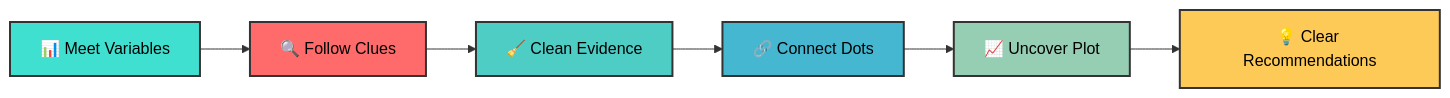
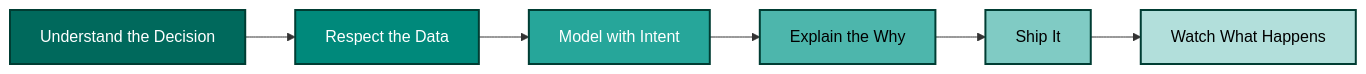
One commit to VAL-Jerono/VAL-Jerono changed the diagram in README.md. Above: the diagram before and after it, drawn with Mermaid. The commit also changed other lines of this file, not shown here.

````diff
--- a/README.md
+++ b/README.md
@@ -60,15 +55,15 @@
 ```mermaid
 graph LR
-    A[📊 Meet Variables] --> B[🔍 Follow Clues] 
-    B --> C[🧹 Clean Evidence]
-    C --> D[🔗 Connect Dots]
-    D --> E[📈 Uncover Plot]
-    E --> F[💡 Clear Recommendations]
-    
-    style A fill:#40E0D0,stroke:#333,stroke-width:2px,color:#000
-    style B fill:#FF6B6B,stroke:#333,stroke-width:2px,color:#000
-    style C fill:#4ECDC4,stroke:#333,stroke-width:2px,color:#000
-    style D fill:#45B7D1,stroke:#333,stroke-width:2px,color:#000
-    style E fill:#96CEB4,stroke:#333,stroke-width:2px,color:#000
-    style F fill:#FECA57,stroke:#333,stroke-width:2px,color:#000
+    A[Understand the Decision] --> B[Respect the Data]
+    B --> C[Model with Intent]
+    C --> D[Explain the Why]
+    D --> E[Ship It]
+    E --> F[Watch What Happens]
+
+    style A fill:#00695C,stroke:#003D33,stroke-width:2px,color:#fff
+    style B fill:#00897B,stroke:#003D33,stroke-width:2px,color:#fff
+    style C fill:#26A69A,stroke:#003D33,stroke-width:2px,color:#fff
+    style D fill:#4DB6AC,stroke:#003D33,stroke-width:2px,color:#000
+    style E fill:#80CBC4,stroke:#003D33,stroke-width:2px,color:#000
+    style F fill:#B2DFDB,stroke:#003D33,stroke-width:2px,color:#000
 ```
````
